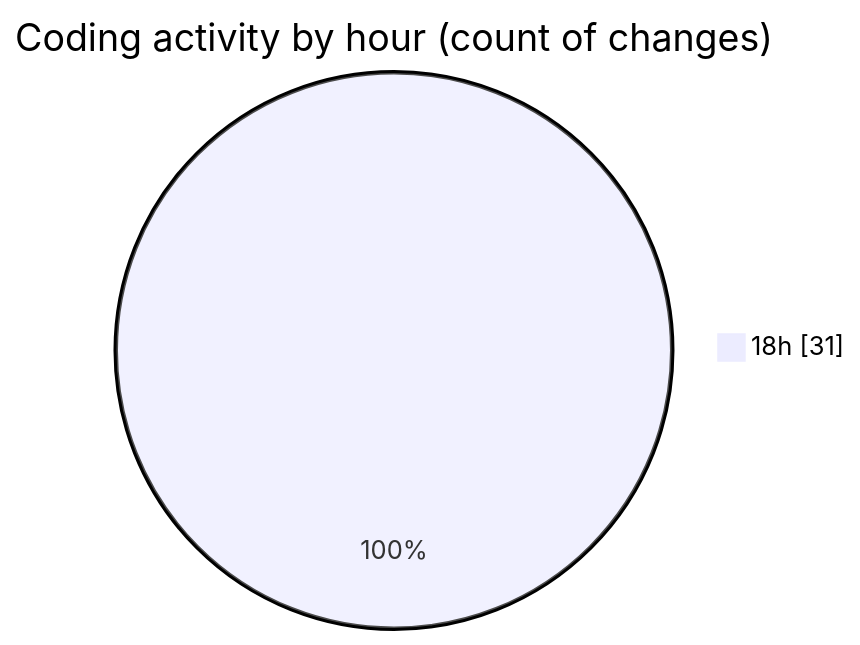
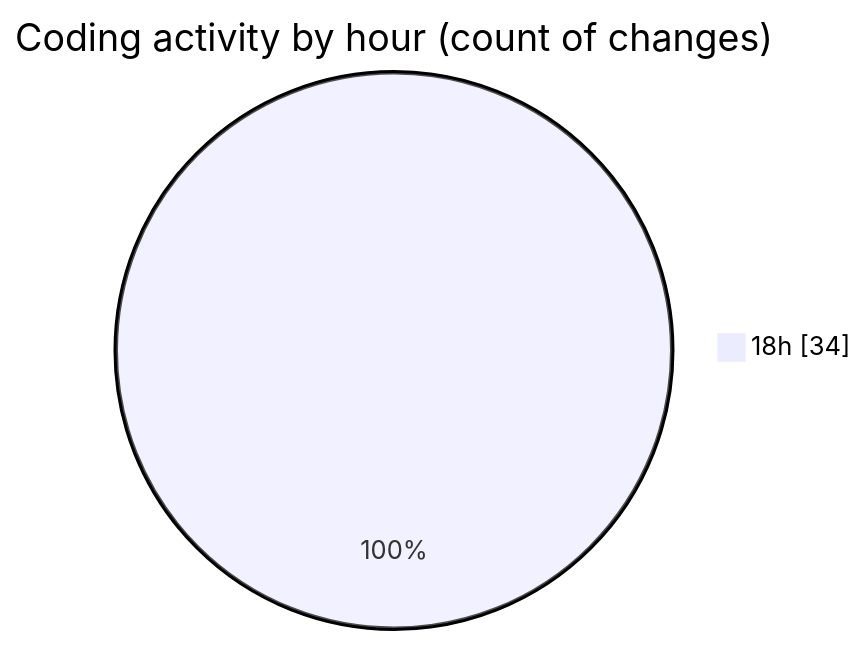
Before and after one commit to Netris89/code-tracking: the second of 2 diagrams in 2025-04-06/back-end/README.md, drawn with Mermaid. The commit also changed other lines of this file and 1 other file, not shown here.

````diff
--- a/2025-04-06/back-end/README.md
+++ b/2025-04-06/back-end/README.md
@@ -31,5 +32,5 @@
 ```mermaid
 pie showData
 title Coding activity by hour (count of changes)
-"18h" : 31
+"18h" : 34
 ```
````
